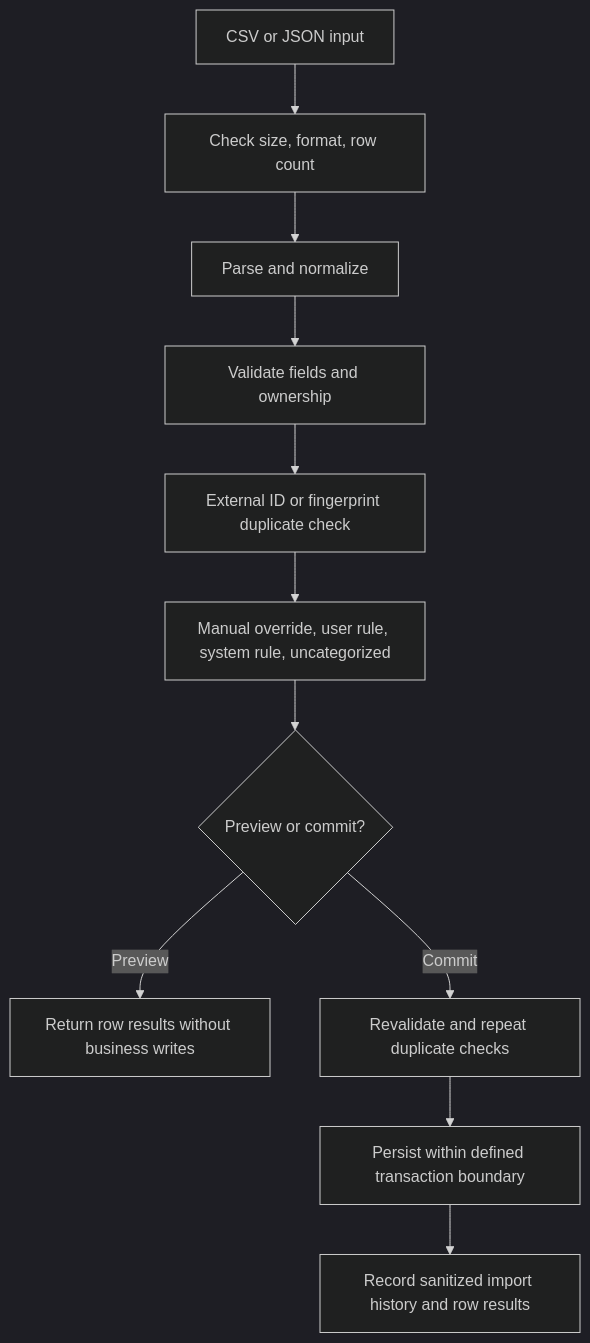
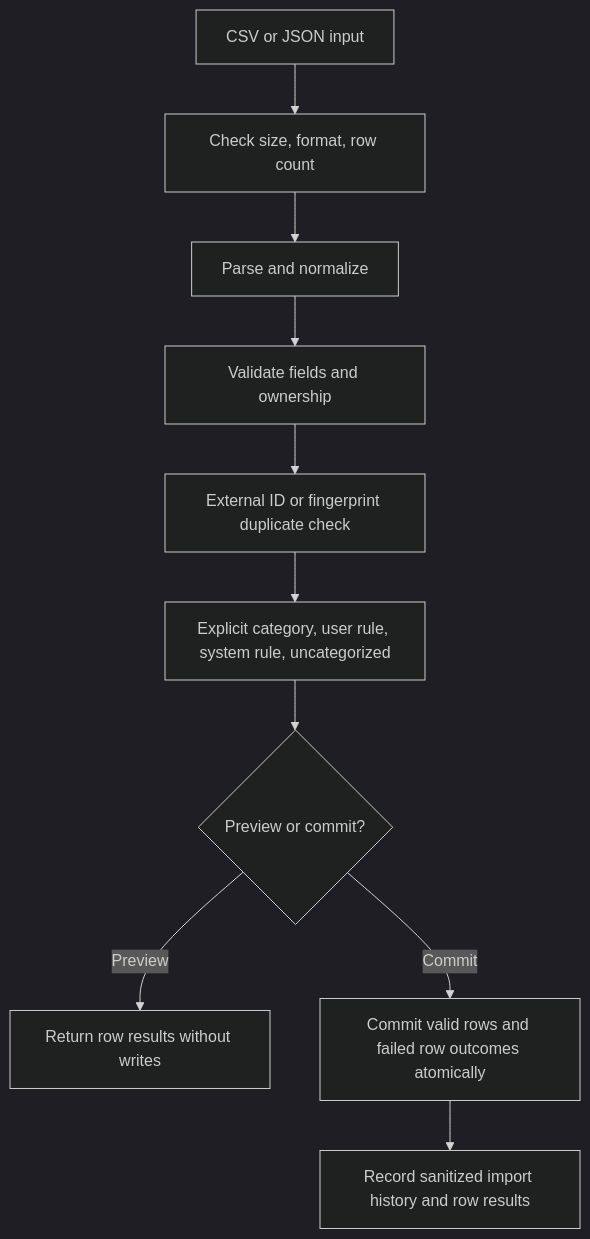
Before and after one commit to Galaktikon/personal_finance_api: the diagram in docs/diagrams/import-pipeline.mmd, drawn with Mermaid (dark theme). The commit also changed 25 other files, not shown here.

```diff
--- a/docs/diagrams/import-pipeline.mmd
+++ b/docs/diagrams/import-pipeline.mmd
@@ -1,11 +1,10 @@
 flowchart TD
   Upload[CSV or JSON input] --> Limits[Check size, format, row count]
   Limits --> Parse[Parse and normalize]
   Parse --> Validate[Validate fields and ownership]
   Validate --> Dedupe[External ID or fingerprint duplicate check]
-  Dedupe --> Categorize[Manual override, user rule, system rule, uncategorized]
+  Dedupe --> Categorize[Explicit category, user rule, system rule, uncategorized]
   Categorize --> Mode{Preview or commit?}
-  Mode -->|Preview| Response[Return row results without business writes]
-  Mode -->|Commit| Recheck[Revalidate and repeat duplicate checks]
-  Recheck --> Persist[Persist within defined transaction boundary]
+  Mode -->|Preview| Response[Return row results without writes]
+  Mode -->|Commit| Persist[Commit valid rows and failed row outcomes atomically]
   Persist --> History[Record sanitized import history and row results]
```
